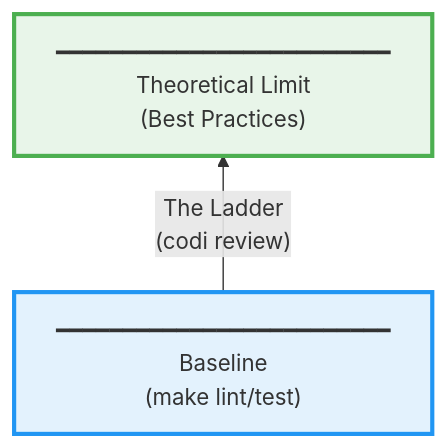
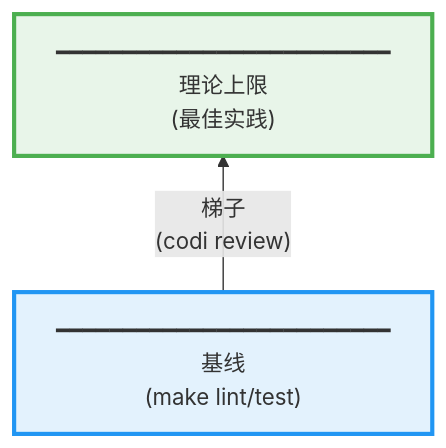
The diagram in README.md (rakuv3r/codi), drawn with Mermaid before and after one commit. The commit also changed other lines of this file and 2 other files, not shown here.

````diff
--- a/README.md
+++ b/README.md
@@ -28,10 +28,10 @@
 ```mermaid
 graph BT
-    B["━━━━━━━━━━━━━━━━━━━━━━━━━<br/>Baseline<br/>(make lint/test)"]
-    A["━━━━━━━━━━━━━━━━━━━━━━━━━<br/>Theoretical Limit<br/>(Best Practices)"] 
+    B["━━━━━━━━━━━━━━━━━━━━━━━━━<br/>基线<br/>(make lint/test)"]
+    A["━━━━━━━━━━━━━━━━━━━━━━━━━<br/>理论上限<br/>(最佳实践)"] 
     
-    B -->|"The Ladder<br/>(codi review)"| A
+    B -->|"梯子<br/>(codi review)"| A
     
     style A fill:#e8f5e9,stroke:#4caf50,stroke-width:3px
     style B fill:#e3f2fd,stroke:#2196f3,stroke-width:3px
 ```
````
